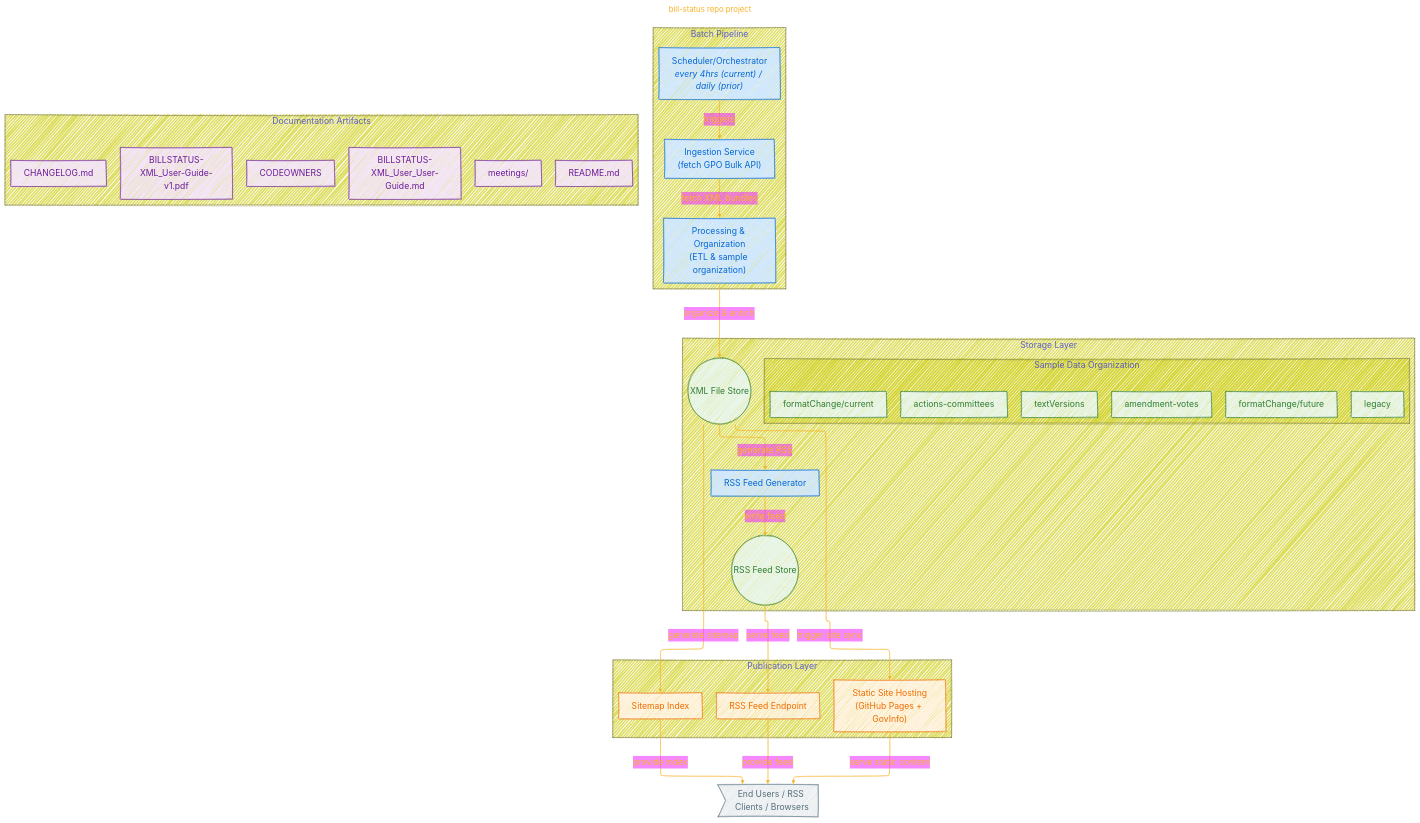
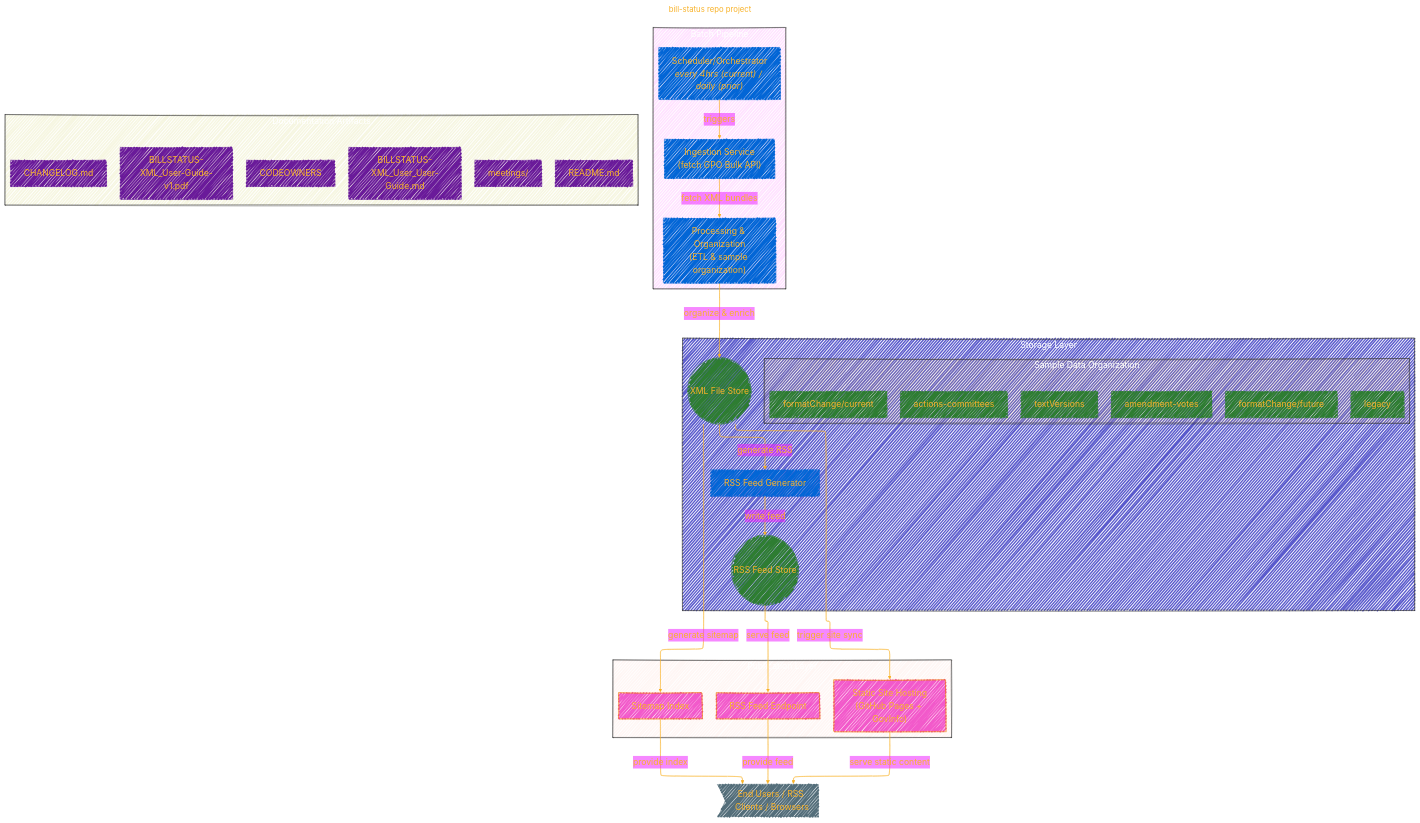
One commit to CongLeSolutionX/ArchExplorer changed the first of 2 diagrams in usgpo/bill-status.md. Above: the diagram before and after it, drawn with Mermaid.

Commit message:
update notes

````diff
--- a/usgpo/bill-status.md
+++ b/usgpo/bill-status.md
@@ -75,19 +75,20 @@
   }
 }%%
 flowchart TD
-    %% Batch Pipeline
-    subgraph "Batch Pipeline"
+    subgraph Batch_Pipeline["Batch Pipeline"]
+    style Batch_Pipeline fill:#F2F2,stroke:#333,stroke-width:1px, color: #FFFF
         Scheduler["Scheduler/Orchestrator<br/><i>every 4hrs (current) / daily (prior)</i>"]:::compute
         Ingestion["Ingestion Service<br/>(fetch GPO Bulk API)"]:::compute
         Processing["Processing & Organization<br/>(ETL & sample organization)"]:::compute
     end
 
-    %% Storage Layer
-    subgraph "Storage Layer"
+    subgraph Storage_Layer["Storage Layer"]
+    style Storage_Layer fill:#22BB,stroke:#333,stroke-width:1px, color: #FFFF
         XMLStore(("XML File Store")):::storage
         RSSGen["RSS Feed Generator"]:::compute
         RSSStore(("RSS Feed Store")):::storage
-        subgraph "Sample Data Organization"
+        subgraph Sample_Data_Organization["Sample Data Organization"]
+        style Sample_Data_Organization fill:#FB22,stroke:#333,stroke-width:1px, color: #FFFF
             SamplesAC["actions-committees"]:::storage
             SamplesAV["amendment-votes"]:::storage
             SamplesFCc["formatChange/current"]:::storage
@@ -97,15 +98,15 @@
         end
     end
 
-    %% Publication Layer
-    subgraph "Publication Layer"
+    subgraph Publication_Layer["Publication Layer"]
+    style Publication_Layer fill:#FBA2,stroke:#333,stroke-width:1px, color: #FFFF
         StaticSite["Static Site Hosting<br/>(GitHub Pages + GovInfo)"]:::delivery
         RSSFeed["RSS Feed Endpoint"]:::delivery
         Sitemap["Sitemap Index"]:::delivery
     end
 
-    %% Documentation Artifacts
-    subgraph "Documentation Artifacts"
+    subgraph Documentation_Artifacts["Documentation Artifacts"]
+    style Documentation_Artifacts fill:#BB22,stroke:#333,stroke-width:1px, color: #FFFF
         UserGuidePDF["BILLSTATUS-XML_User-Guide-v1.pdf"]:::docs
         UserGuideMD["BILLSTATUS-XML_User_User-Guide.md"]:::docs
         CHANGELOG["CHANGELOG.md"]:::docs
@@ -144,10 +145,10 @@
     click CODEOWNERS "https://github.com/usgpo/bill-status/tree/main/CODEOWNERS"
 
     %% Styles
-    classDef compute fill:#D0E8FF,stroke:#0366d6,color:#0366d6,stroke-width:1px;
-    classDef storage fill:#E8F5E9,stroke:#2E7D32,color:#2E7D32,stroke-width:1px;
-    classDef delivery fill:#FFF3E0,stroke:#EF6C00,color:#EF6C00,stroke-width:1px;
-    classDef docs fill:#F3E5F5,stroke:#6A1B9A,color:#6A1B9A,stroke-width:1px;
-    classDef external fill:#ECEFF1,stroke:#546E7A,color:#546E7A,stroke-width:1px;
+    classDef compute fill:#0366d6,stroke:#0366d6,stroke-width:1px;
+    classDef storage fill:#2E7D32,stroke:#2E7D32,stroke-width:1px;
+    classDef delivery fill:#E2BB,stroke:#EF6C00,stroke-width:1px;
+    classDef docs fill:#6A1B9A,stroke:#6A1B9A,stroke-width:1px;
+    classDef external fill:#546E7A,stroke:#546E7A,stroke-width:1px;
 
 ```
````
